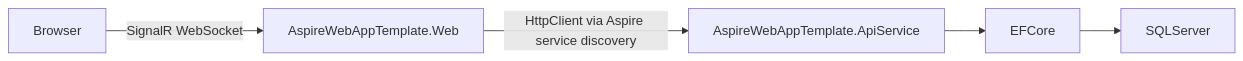
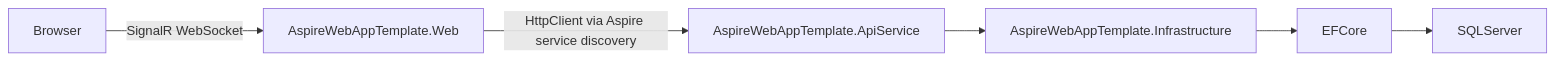
Before and after one commit to KGYeow/AspireWebAppTemplate: the diagram in docs/architecture/overview.md, drawn with Mermaid. The commit also changed other lines of this file and 97 other files, not shown here.

````diff
--- a/docs/architecture/overview.md
+++ b/docs/architecture/overview.md
@@ -92,7 +139,8 @@
 ```mermaid
 graph LR
     Browser -->|SignalR WebSocket| Web[AspireWebAppTemplate.Web]
     Web -->|HttpClient via Aspire service discovery| ApiService[AspireWebAppTemplate.ApiService]
-    ApiService --> EFCore
+    ApiService --> Infrastructure[AspireWebAppTemplate.Infrastructure]
+    Infrastructure --> EFCore
     EFCore --> SQLServer
 ```
````
